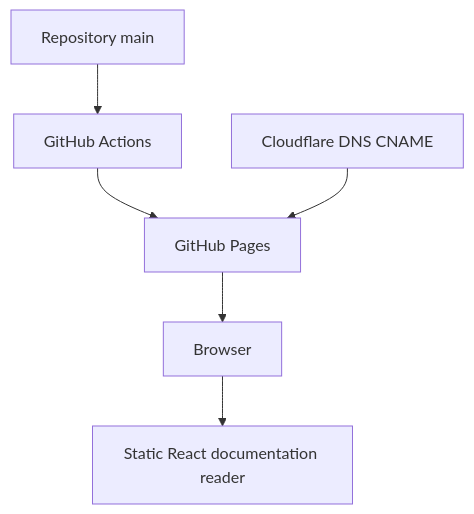
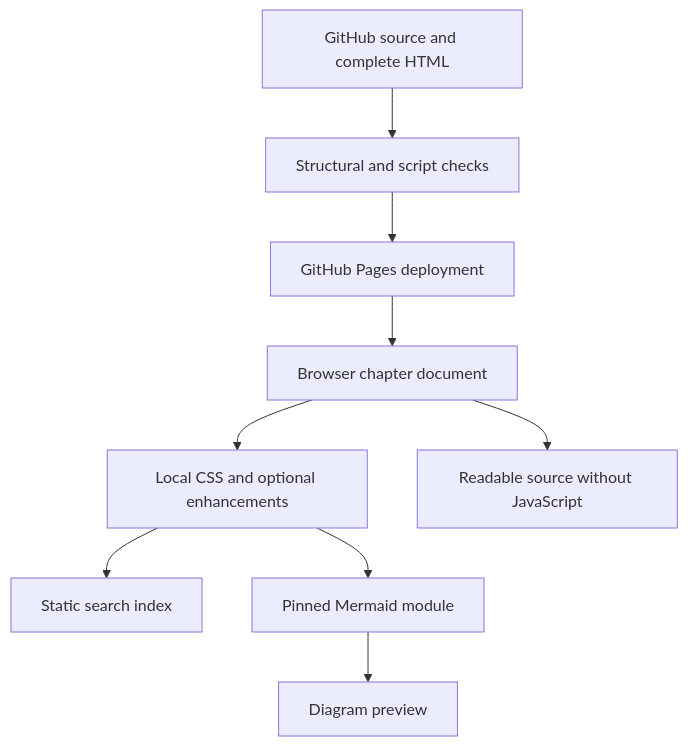
The diagram in docs/ARCHITECTURE.md (DevJel/knowledge-center-system), drawn with Mermaid before and after one commit. The commit also changed other lines of this file and 37 other files, not shown here.

Commit message:
Improve documentation search, responsive reading design, accessibility and release validation

````diff
--- a/docs/ARCHITECTURE.md
+++ b/docs/ARCHITECTURE.md
@@ -5,8 +9,11 @@
 ```mermaid
 flowchart TD
-  A["Repository main"] --> B["GitHub Actions"]
-  B --> C["GitHub Pages"]
-  D["Cloudflare DNS CNAME"] --> C
-  C --> E["Browser"]
-  E --> F["Static React documentation reader"]
+  A["GitHub source and complete HTML"] --> B["Structural and script checks"]
+  B --> C["GitHub Pages deployment"]
+  C --> D["Browser chapter document"]
+  D --> E["Local CSS and optional enhancements"]
+  E --> F["Static search index"]
+  E --> G["Pinned Mermaid module"]
+  G --> H["Diagram preview"]
+  D --> I["Readable source without JavaScript"]
 ```
````
